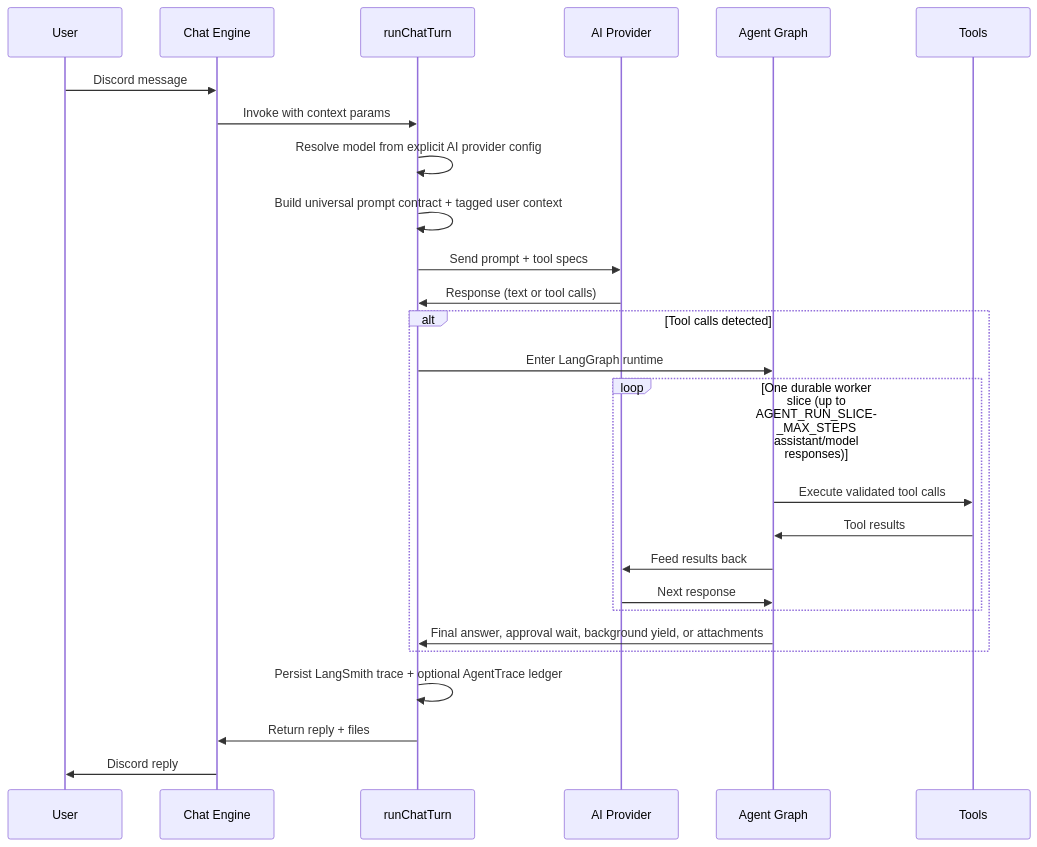
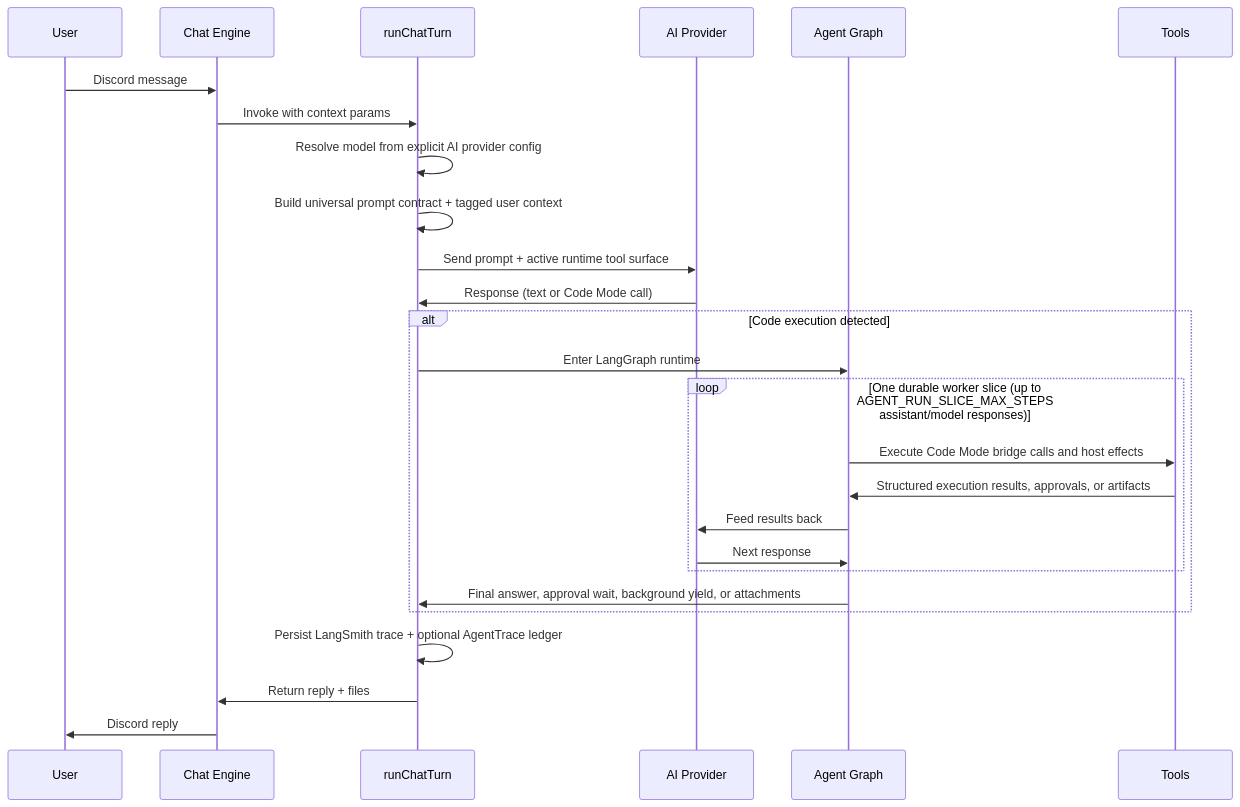
One commit to BokX1/Sage changed the second of 2 diagrams in docs/architecture/OVERVIEW.md. Above: the diagram before and after it, drawn with Mermaid. The commit also changed other lines of this file and 135 other files, not shown here.

Commit message:
feat: rebuild sage around lean code mode core

````diff
--- a/docs/architecture/OVERVIEW.md
+++ b/docs/architecture/OVERVIEW.md
@@ -102,31 +99,31 @@
 ```mermaid
 sequenceDiagram
     participant U as User
     participant CE as Chat Engine
     participant RT as runChatTurn
     participant LLM as AI Provider
     participant AG as Agent Graph
     participant T as Tools
 
     U->>CE: Discord message
     CE->>RT: Invoke with context params
     RT->>RT: Resolve model from explicit AI provider config
     RT->>RT: Build universal prompt contract + tagged user context
-    RT->>LLM: Send prompt + tool specs
-    LLM->>RT: Response (text or tool calls)
+    RT->>LLM: Send prompt + active runtime tool surface
+    LLM->>RT: Response (text or Code Mode call)
 
-    alt Tool calls detected
+    alt Code execution detected
         RT->>AG: Enter LangGraph runtime
         loop One durable worker slice (up to AGENT_RUN_SLICE_MAX_STEPS assistant/model responses)
-            AG->>T: Execute validated tool calls
-            T->>AG: Tool results
+            AG->>T: Execute Code Mode bridge calls and host effects
+            T->>AG: Structured execution results, approvals, or artifacts
             AG->>LLM: Feed results back
             LLM->>AG: Next response
         end
         AG->>RT: Final answer, approval wait, background yield, or attachments
     end
 
     RT->>RT: Persist LangSmith trace + optional AgentTrace ledger
     RT->>CE: Return reply + files
     CE->>U: Discord reply
 ```
````
